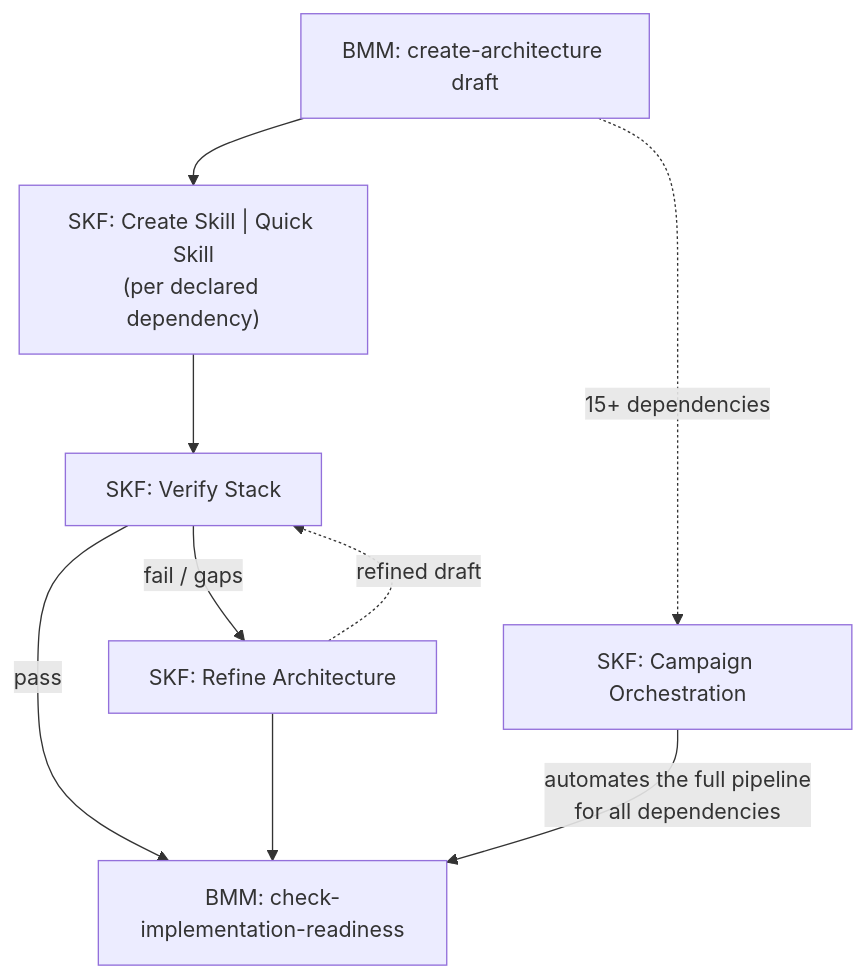
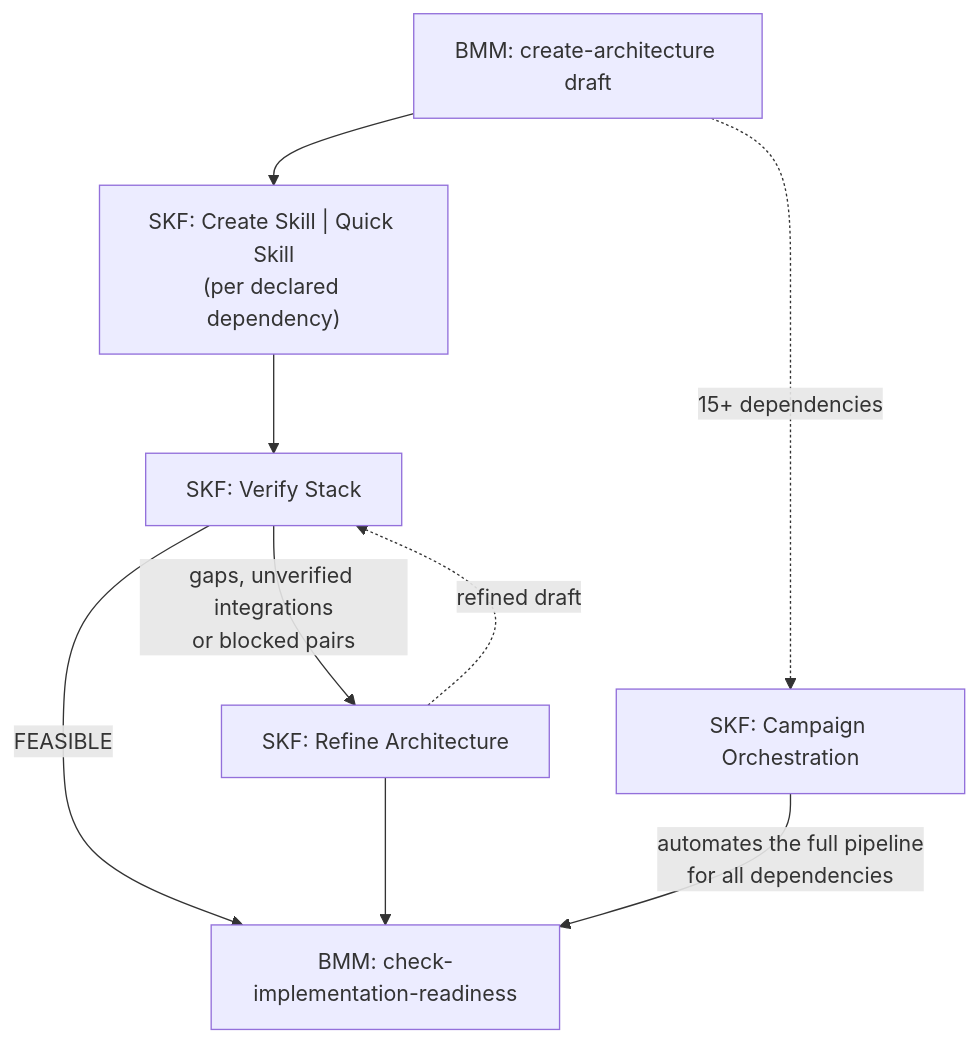
The second of 3 diagrams in _skf-learn/bmad-synergy.md (rxm7706/local-recipes), drawn with Mermaid before and after one commit. The commit also changed other lines of this file and 706 other files, not shown here.

First line of the commit message:
build(bmad): upgrade BMAD Method 6.12.0 -> 6.12.2 core+bmm and skf 2.1.0 -> 3.0.0 via steward upgrade bmad-core

````diff
--- a/_skf-learn/bmad-synergy.md
+++ b/_skf-learn/bmad-synergy.md
@@ -113,12 +113,12 @@
 ```mermaid
 flowchart TD
     ARCH[BMM: create-architecture draft] --> GEN["SKF: Create Skill | Quick Skill<br/>(per declared dependency)"]
     GEN --> VS[SKF: Verify Stack]
-    VS -->|pass| READY[BMM: check-implementation-readiness]
-    VS -->|fail / gaps| RA[SKF: Refine Architecture]
+    VS -->|FEASIBLE| READY[BMM: check-implementation-readiness]
+    VS -->|"gaps, unverified integrations<br/>or blocked pairs"| RA[SKF: Refine Architecture]
     RA -.->|refined draft| VS
     RA --> READY
 
     ARCH -.->|15+ dependencies| CAMPAIGN[SKF: Campaign Orchestration]
     CAMPAIGN -->|"automates the full pipeline<br/>for all dependencies"| READY
 ```
````
